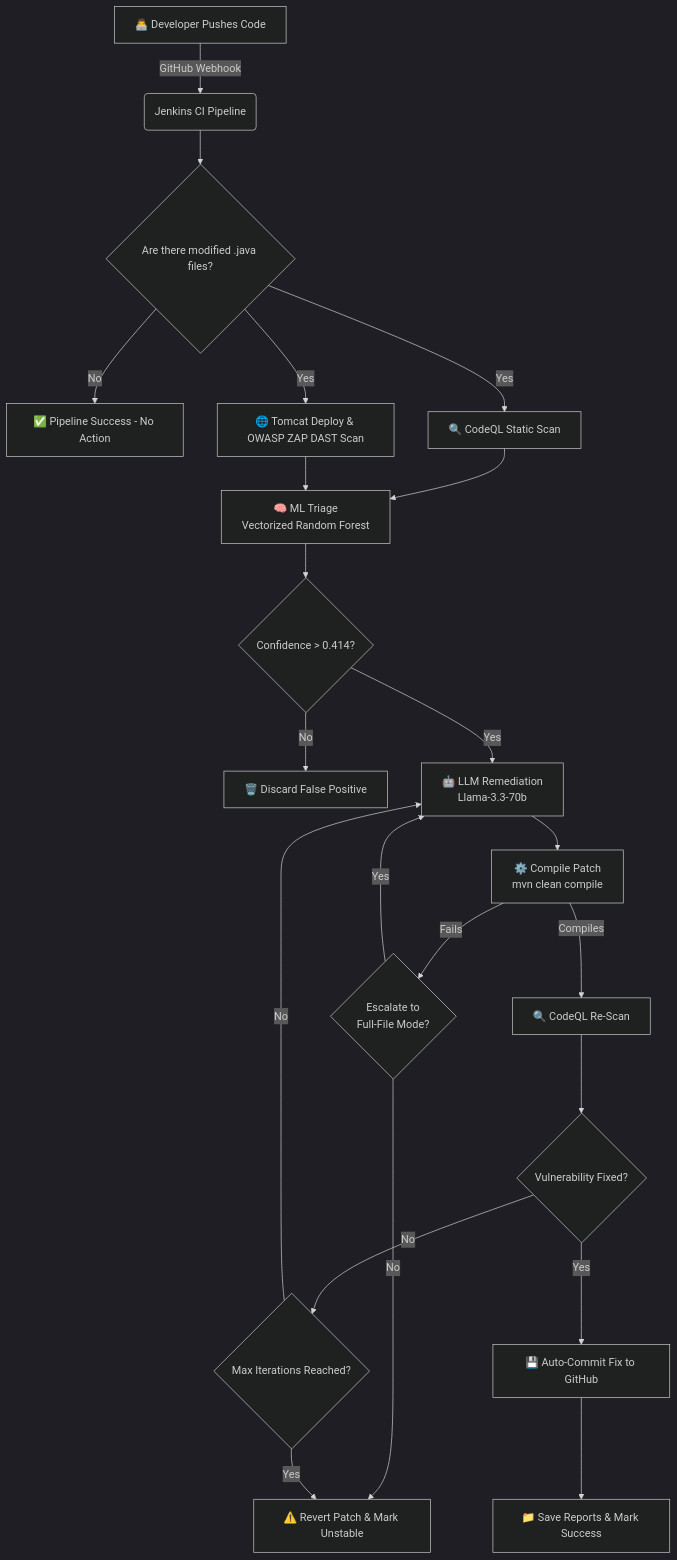
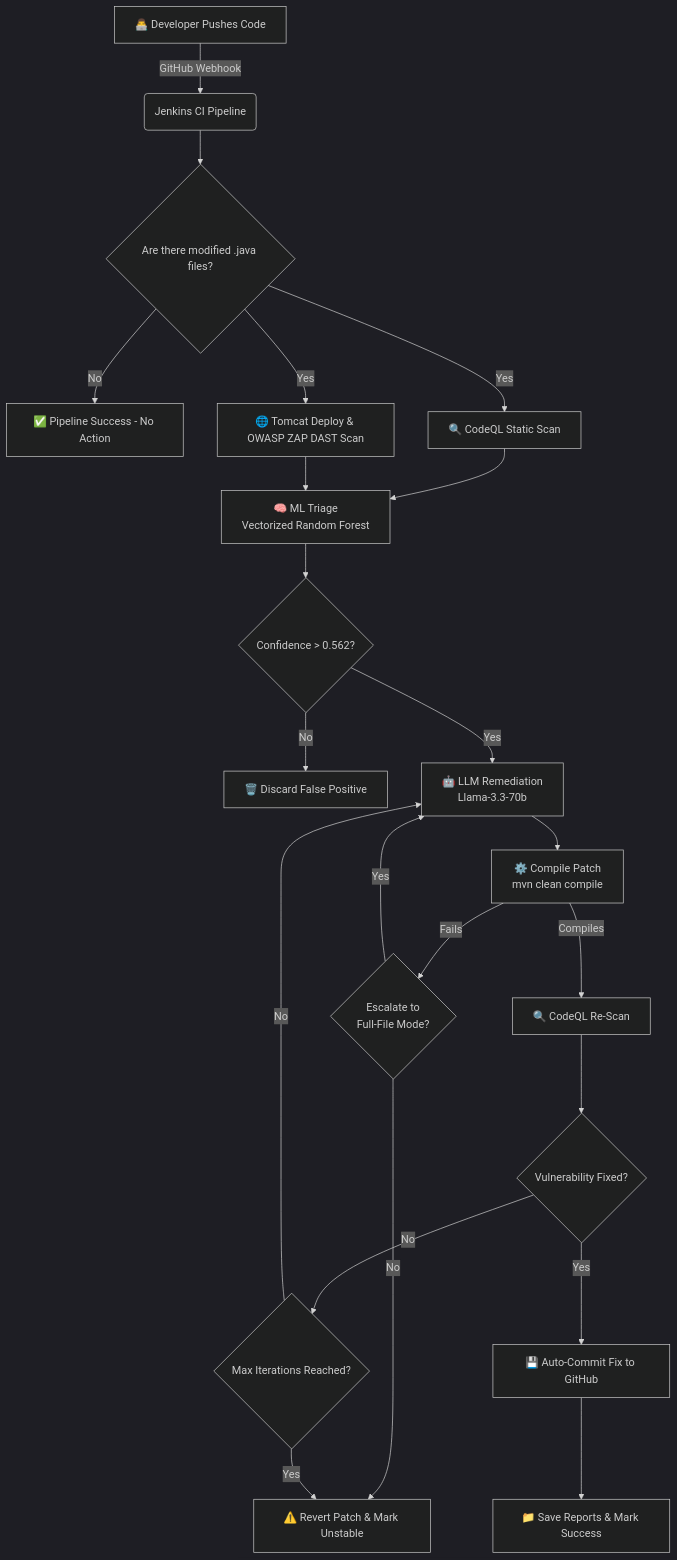
The diagram in README.md (Buddha-11/sem6-project), drawn with Mermaid (dark theme) before and after one commit. The commit also changed other lines of this file, not shown here.

````diff
--- a/README.md
+++ b/README.md
@@ -54,29 +54,29 @@
 ```mermaid
 graph TD
     A[👨‍💻 Developer Pushes Code] -->|GitHub Webhook| B(Jenkins CI Pipeline)
     B --> C{Are there modified .java files?}
     C -- No --> D[✅ Pipeline Success - No Action]
     C -- Yes --> E[🔍 CodeQL Static Scan]
     C -- Yes --> E2[🌐 Tomcat Deploy & OWASP ZAP DAST Scan]
     
     E --> F[🧠 ML Triage <br/> Vectorized Random Forest]
     E2 --> F
     
-    F --> G{Confidence > 0.414?}
+    F --> G{Confidence > 0.562?}
     G -- No --> H[🗑️ Discard False Positive]
     G -- Yes --> I[🤖 LLM Remediation <br/> Llama-3.3-70b]
     
     I --> J[⚙️ Compile Patch <br/> mvn clean compile]
     J -- Fails --> K{Escalate to <br/> Full-File Mode?}
     K -- Yes --> I
     K -- No --> L[⚠️ Revert Patch & Mark Unstable]
     
     J -- Compiles --> M[🔍 CodeQL Re-Scan]
     M --> N{Vulnerability Fixed?}
     N -- No --> O{Max Iterations Reached?}
     O -- No --> I
     O -- Yes --> L
     
     N -- Yes --> P[💾 Auto-Commit Fix to GitHub]
     P --> Q[📁 Save Reports & Mark Success]
 ```
````
